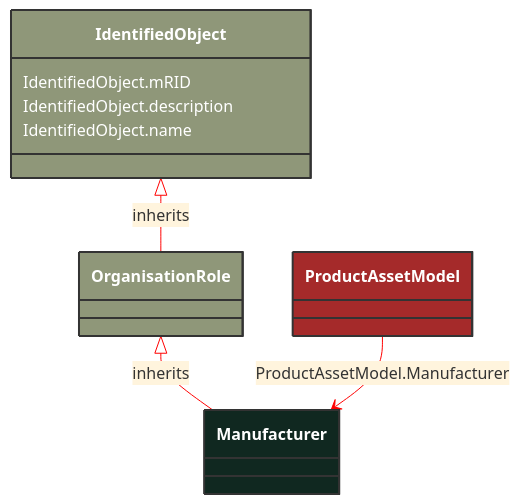
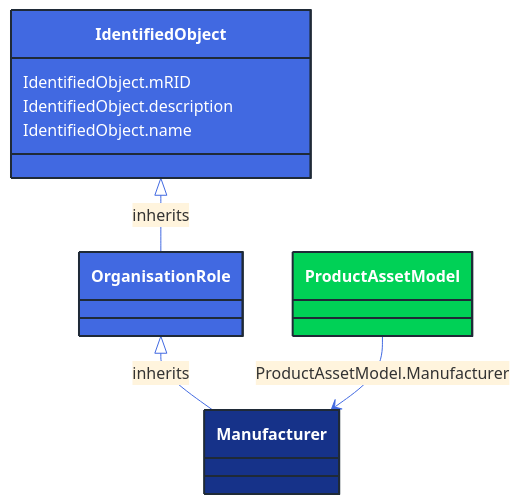
One commit to 3lbits/NoCIMExtensions changed the diagram in docs/Models/Profiles/SubseaCableInfo/ConcreteClasses/Manufacturer.md. Above: the diagram before and after it, drawn with Mermaid. The commit also changed 362 other files, not shown here.

First line of the commit message:
Update diagrams and styles for improved visual consistency

````diff
--- a/docs/Models/Profiles/SubseaCableInfo/ConcreteClasses/Manufacturer.md
+++ b/docs/Models/Profiles/SubseaCableInfo/ConcreteClasses/Manufacturer.md
@@ -8,27 +8,27 @@
 ```mermaid
-%%{init: {'theme':'base','themeVariables': {'lineColor': '#FF0000'}}}%%
+%%{init: {'theme':'base','themeVariables': {'lineColor': '#4169E1'}}}%%
 classDiagram
     class Manufacturer
     click Manufacturer href "/Models/Profiles/SubseaCableInfo/ConcreteClasses/Manufacturer/"
-    style Manufacturer fill:#102820,stroke:#333,stroke-width:2px,rx:10,ry:10,color:white
+    style Manufacturer fill:#163289,stroke:#1F2A37,stroke-width:2px,rx:10,ry:10,color:white
      
         OrganisationRole <|-- Manufacturer : inherits
             click OrganisationRole href "/Models/Profiles/SubseaCableInfo/AbstractClasses/OrganisationRole/"
-            style OrganisationRole fill:#8F9779,stroke:#333,stroke-width:2px,rx:10,ry:10,color:white
+            style OrganisationRole fill:#4169E1,stroke:#1F2A37,stroke-width:2px,rx:10,ry:10,color:white
      
         IdentifiedObject <|-- OrganisationRole : inherits
             click IdentifiedObject href "/Models/Profiles/SubseaCableInfo/AbstractClasses/IdentifiedObject/"
-            style IdentifiedObject fill:#8F9779,stroke:#333,stroke-width:2px,rx:10,ry:10,color:white
+            style IdentifiedObject fill:#4169E1,stroke:#1F2A37,stroke-width:2px,rx:10,ry:10,color:white
 
 
         ProductAssetModel --> Manufacturer : ProductAssetModel.Manufacturer
 
         ProductAssetModel
             click ProductAssetModel href "/Models/Profiles/SubseaCableInfo/ConcreteClasses/ProductAssetModel/"
-            style ProductAssetModel fill:#A52A2A,stroke:#333,stroke-width:2px,rx:10,ry:10,color:white
+            style ProductAssetModel fill:#00D156,stroke:#1F2A37,stroke-width:2px,rx:10,ry:10,color:white
 
 
         IdentifiedObject : IdentifiedObject.mRID
         IdentifiedObject : IdentifiedObject.description
         IdentifiedObject : IdentifiedObject.name
 ```
````
